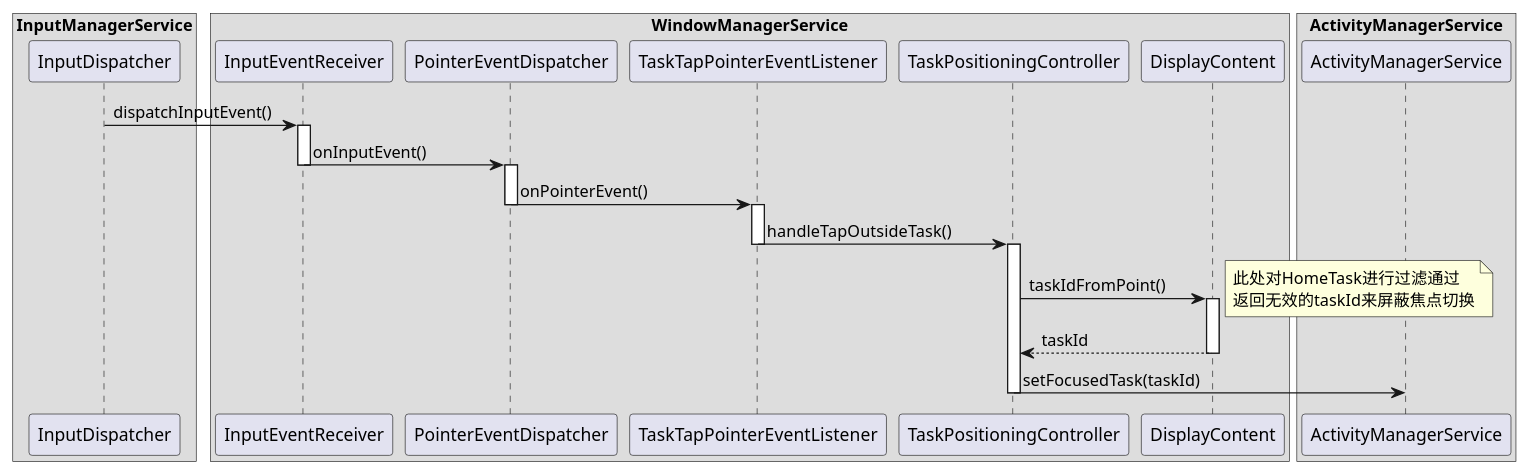
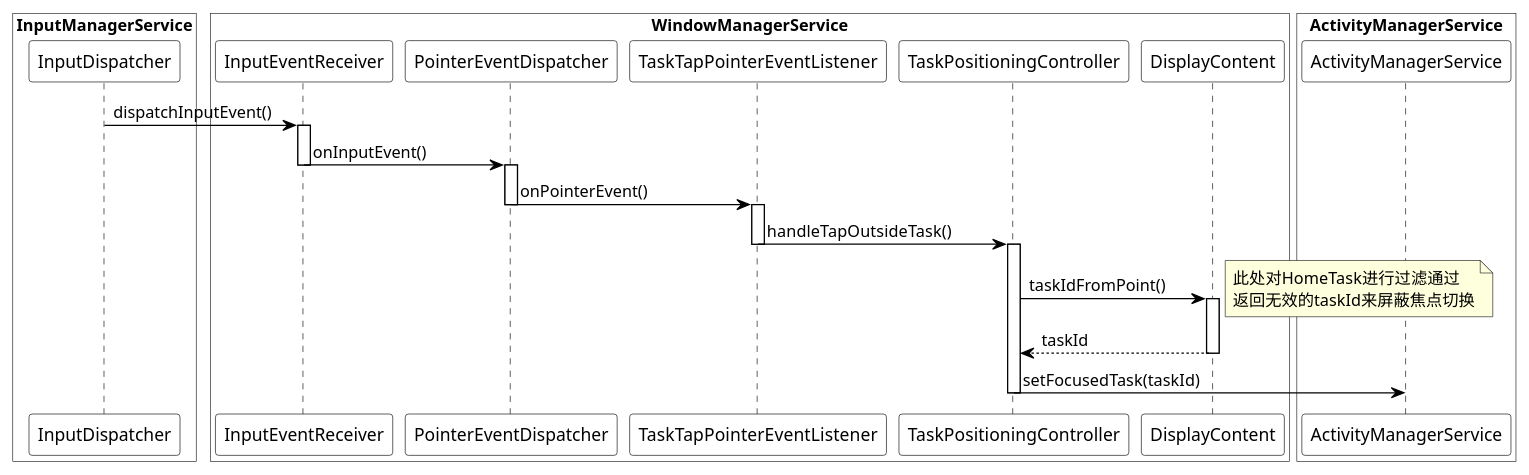
One commit to javalive09/CodeBag changed the diagram in app/src/main/java/com/javalive09/demos/uml/HomeStackFocus.puml. Above: the diagram before and after it, drawn with PlantUML. The commit also changed 16 other files, not shown here.

Commit message:
IssueID=00000001 Description=add uml

```diff
--- a/app/src/main/java/com/javalive09/demos/uml/HomeStackFocus.puml
+++ b/app/src/main/java/com/javalive09/demos/uml/HomeStackFocus.puml
@@ -1,61 +1,60 @@
 @startuml
 
 skinparam BoxPadding 2
+skinparam sequence {
+ArrowColor black
+LifeLineBorderColor black
+ParticipantBorderColor black
+ParticipantBackgroundColor white
+}
 
-'skinparam sequence {
-'ArrowColor black
-'LifeLineBorderColor black
-'ParticipantBorderColor black
-'ParticipantBackgroundColor white
-'}
-
-box "InputManagerService"
+box "InputManagerService" #White
 participant InputDispatcher
 end box
 
 
-box "WindowManagerService"
+box "WindowManagerService" #White
 participant InputEventReceiver
 participant PointerEventDispatcher
 participant TaskTapPointerEventListener
 participant TaskPositioningController
 participant DisplayContent
 end box
 
-box "ActivityManagerService"
+box "ActivityManagerService" #White
 participant ActivityManagerService
 end box
 
 
 InputDispatcher -> InputEventReceiver: dispatchInputEvent()
 
 activate InputEventReceiver
 InputEventReceiver -> PointerEventDispatcher: onInputEvent()
 deactivate InputEventReceiver
 
 activate PointerEventDispatcher
 PointerEventDispatcher -> TaskTapPointerEventListener: onPointerEvent()
 deactivate PointerEventDispatcher
 
 activate TaskTapPointerEventListener
 TaskTapPointerEventListener -> TaskPositioningController: handleTapOutsideTask()
 deactivate TaskTapPointerEventListener
 
 activate TaskPositioningController
 TaskPositioningController -> DisplayContent: taskIdFromPoint()
 activate DisplayContent
 note right
 此处对HomeTask进行过滤通过
 返回无效的taskId来屏蔽焦点切换
 end note
 DisplayContent --> TaskPositioningController: taskId
 
 deactivate DisplayContent
 
 
 TaskPositioningController -> ActivityManagerService: setFocusedTask(taskId)
 deactivate DisplayContent
 deactivate TaskPositioningController
 
 
 @enduml
```
